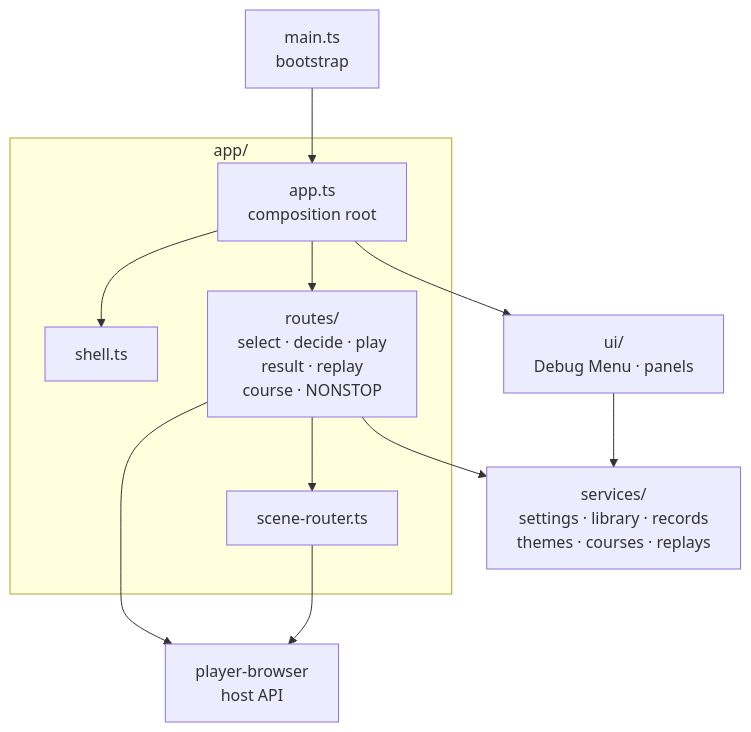
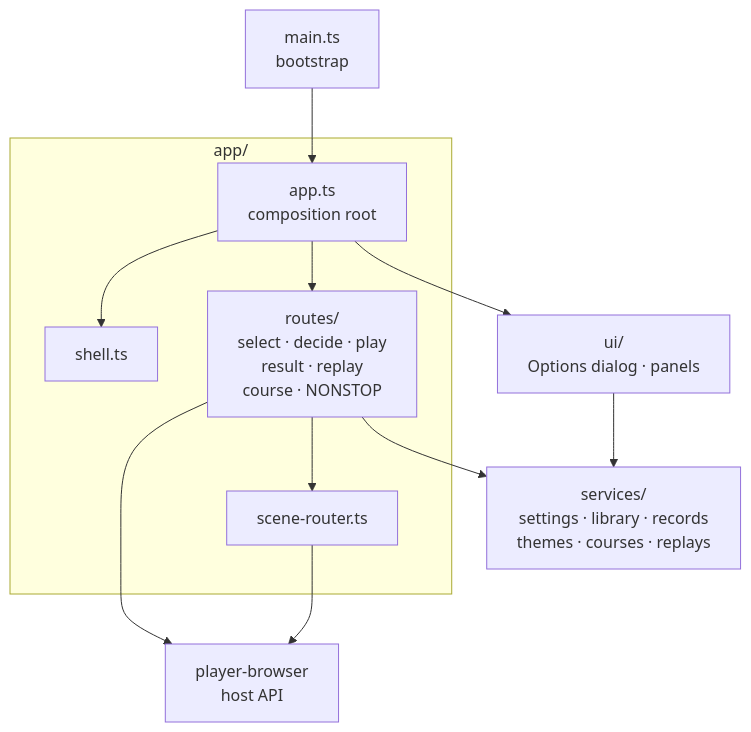
The second of 20 diagrams in docs/player-web.md (nulltask/be-music), drawn with Mermaid before and after one commit. The commit also changed other lines of this file and 17 other files, not shown here.

Commit message:
docs: call the player's Debug Menu the Options dialog [ci skip]

````diff
--- a/docs/player-web.md
+++ b/docs/player-web.md
@@ -147,18 +147,18 @@
 ```mermaid
 flowchart TD
   main["main.ts<br/>bootstrap"] --> app
   subgraph appDir["app/"]
     app["app.ts<br/>composition root"]
     shell["shell.ts"]
     routes["routes/<br/>select · decide · play<br/>result · replay<br/>course · NONSTOP"]
     router["scene-router.ts"]
   end
   app --> shell
   app --> routes
-  app --> ui["ui/<br/>Debug Menu · panels"]
+  app --> ui["ui/<br/>Options dialog · panels"]
   routes --> router
   routes --> services["services/<br/>settings · library · records<br/>themes · courses · replays"]
   ui --> services
   routes --> host["player-browser<br/>host API"]
   router --> host
 ```
````
